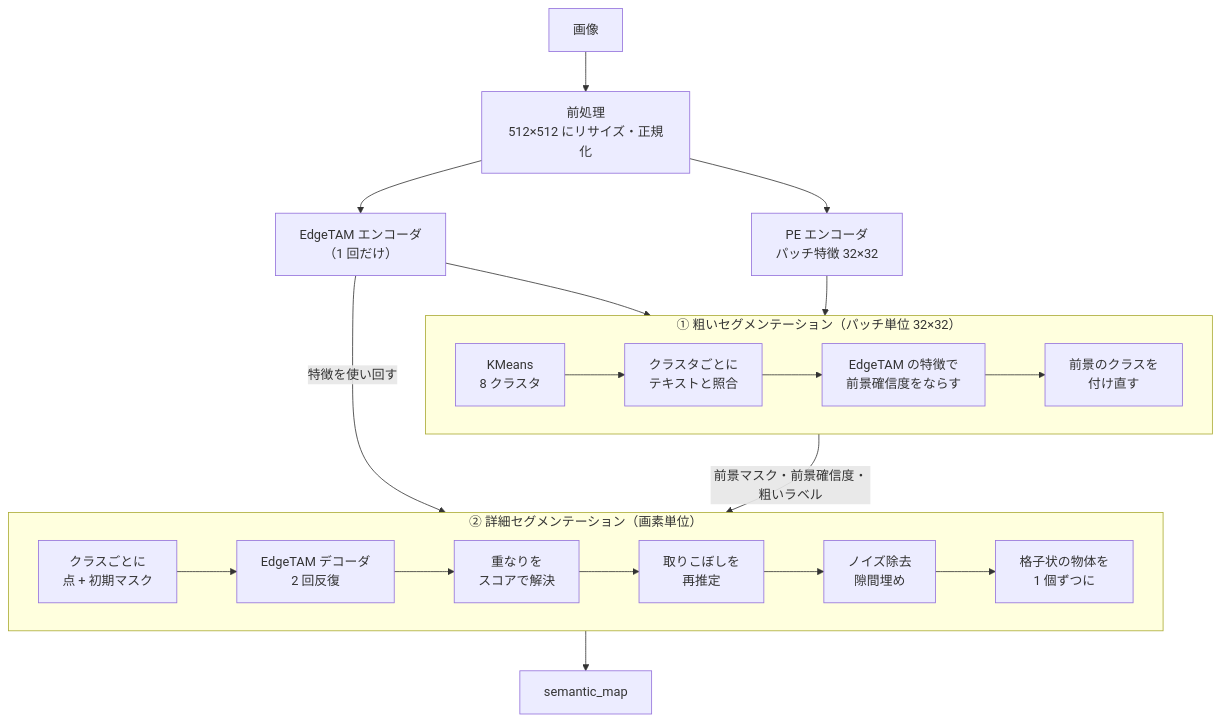
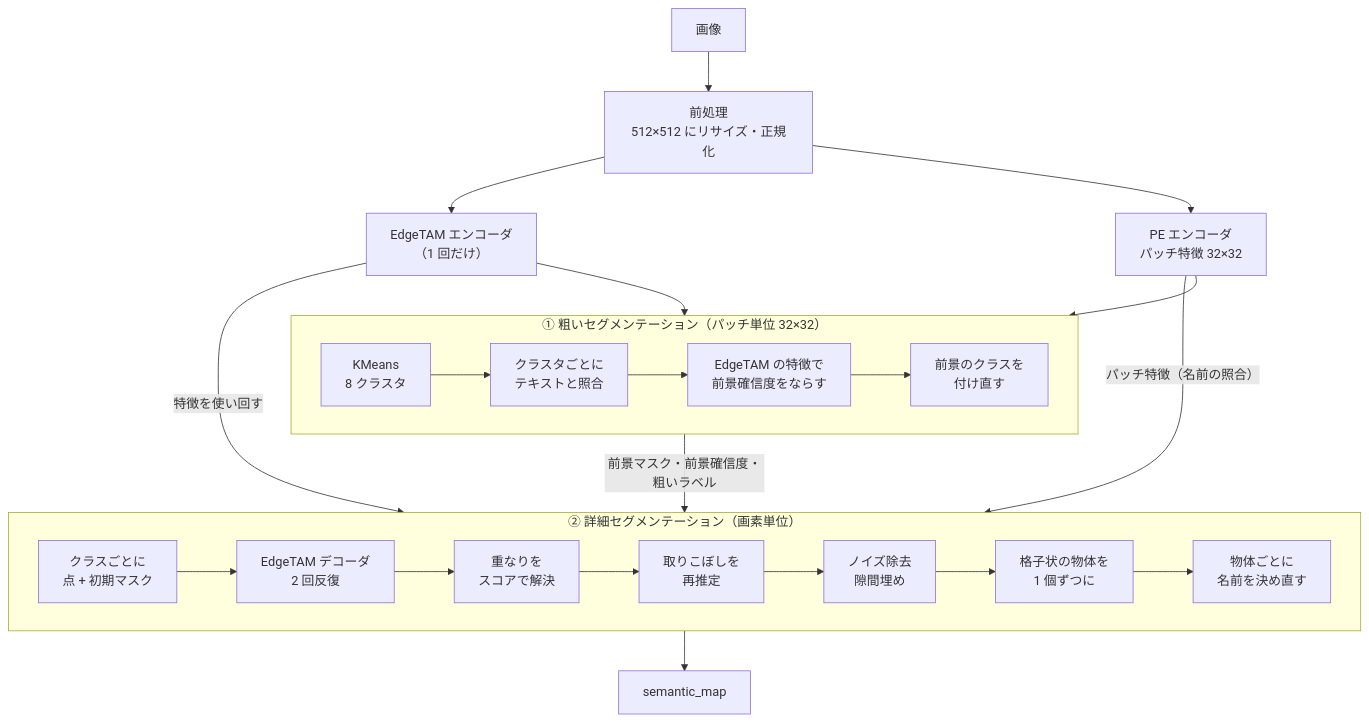
Before and after one commit to fklg-64/pe_anything_detect: the first of 2 diagrams in docs/overview.md, drawn with Mermaid. The commit also changed other lines of this file and 18 other files, not shown here.

````diff
--- a/docs/overview.md
+++ b/docs/overview.md
@@ -32,28 +32,30 @@
 ```mermaid
 flowchart TD
     IMG["画像"] --> PRE["前処理<br/>512×512 にリサイズ・正規化"]
     PRE --> ET["EdgeTAM エンコーダ<br/>（1 回だけ）"]
     PRE --> PE["PE エンコーダ<br/>パッチ特徴 32×32"]
 
     subgraph C["① 粗いセグメンテーション（パッチ単位 32×32）"]
         direction LR
         C1["KMeans<br/>8 クラスタ"] --> C2["クラスタごとに<br/>テキストと照合"]
         C2 --> C3["EdgeTAM の特徴で<br/>前景確信度をならす"]
         C3 --> C4["前景のクラスを<br/>付け直す"]
     end
 
     subgraph R["② 詳細セグメンテーション（画素単位）"]
         direction LR
         R1["クラスごとに<br/>点 + 初期マスク"] --> R2["EdgeTAM デコーダ<br/>2 回反復"]
         R2 --> R3["重なりを<br/>スコアで解決"]
         R3 --> R4["取りこぼしを<br/>再推定"]
         R4 --> R5["ノイズ除去<br/>隙間埋め"]
         R5 --> R6["格子状の物体を<br/>1 個ずつに"]
+        R6 --> R7["物体ごとに<br/>名前を決め直す"]
     end
 
     PE --> C
     ET --> C3
     C -->|"前景マスク・前景確信度・粗いラベル"| R
     ET -->|"特徴を使い回す"| R
+    PE -->|"パッチ特徴（名前の照合）"| R7
     R --> OUT["semantic_map"]
 ```
````
